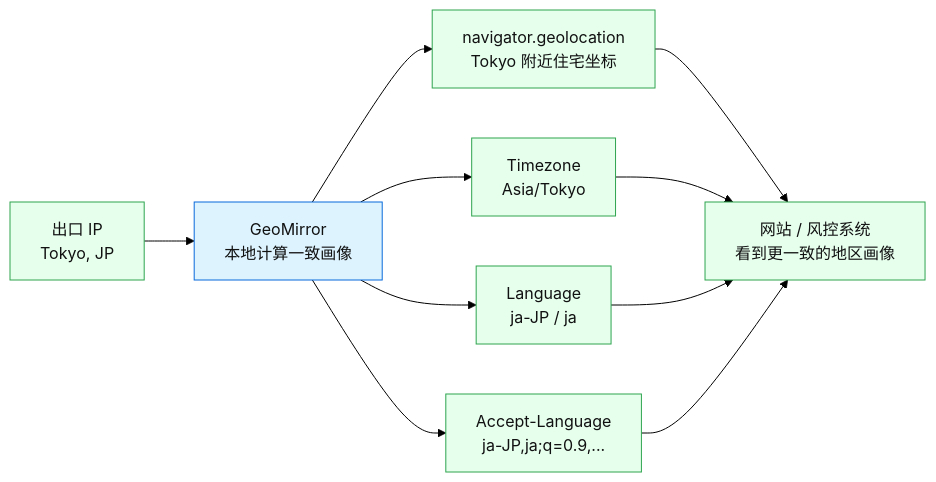
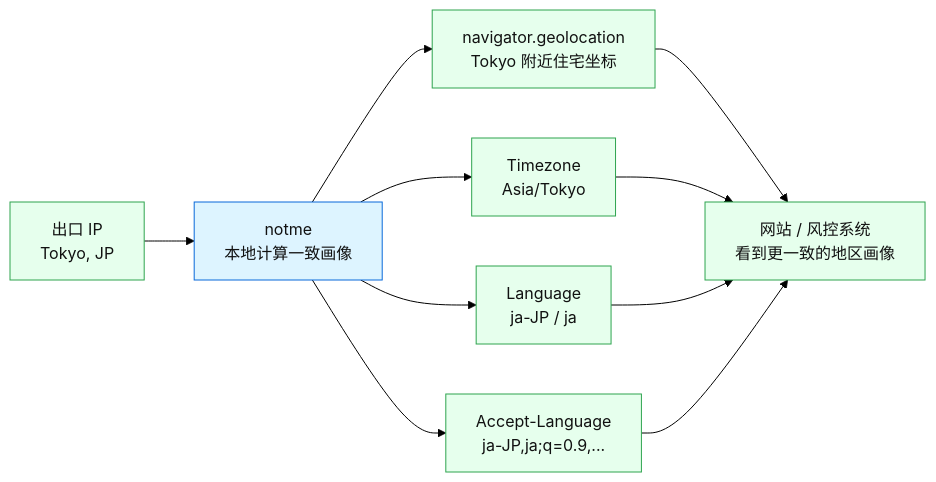
One commit to deafenken/notme changed the second of 3 diagrams in README.zh-CN.md. Above: the diagram before and after it, drawn with Mermaid (forest theme). The commit also changed other lines of this file and 8 other files, not shown here.

````diff
--- a/README.zh-CN.md
+++ b/README.zh-CN.md
@@ -53,19 +53,19 @@
 ```mermaid
 flowchart LR
   IP["出口 IP<br/>Tokyo, JP"]:::good
-  GM["GeoMirror<br/>本地计算一致画像"]:::core
+  GM["notme<br/>本地计算一致画像"]:::core
   GEO["navigator.geolocation<br/>Tokyo 附近住宅坐标"]:::good
   TZ["Timezone<br/>Asia/Tokyo"]:::good
   LANG["Language<br/>ja-JP / ja"]:::good
   AL["Accept-Language<br/>ja-JP,ja;q=0.9,..."]:::good
   SITE["网站 / 风控系统<br/>看到更一致的地区画像"]:::good
 
   IP --> GM
   GM --> GEO --> SITE
   GM --> TZ --> SITE
   GM --> LANG --> SITE
   GM --> AL --> SITE
 
   classDef good fill:#e6ffed,stroke:#2ea44f,color:#111;
   classDef core fill:#ddf4ff,stroke:#0969da,color:#111;
 ```
````
